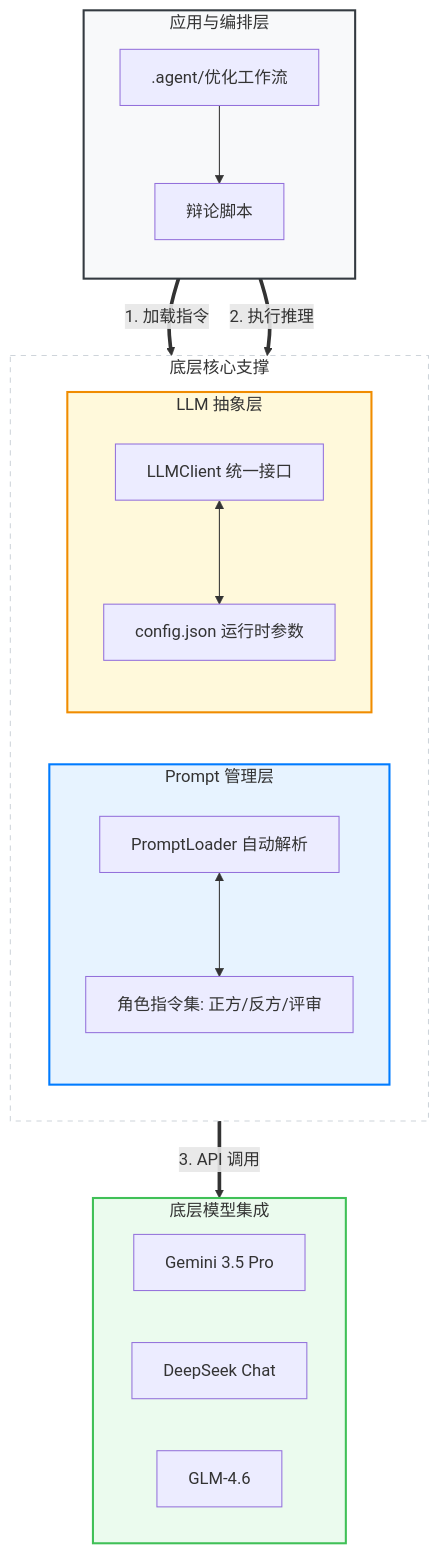
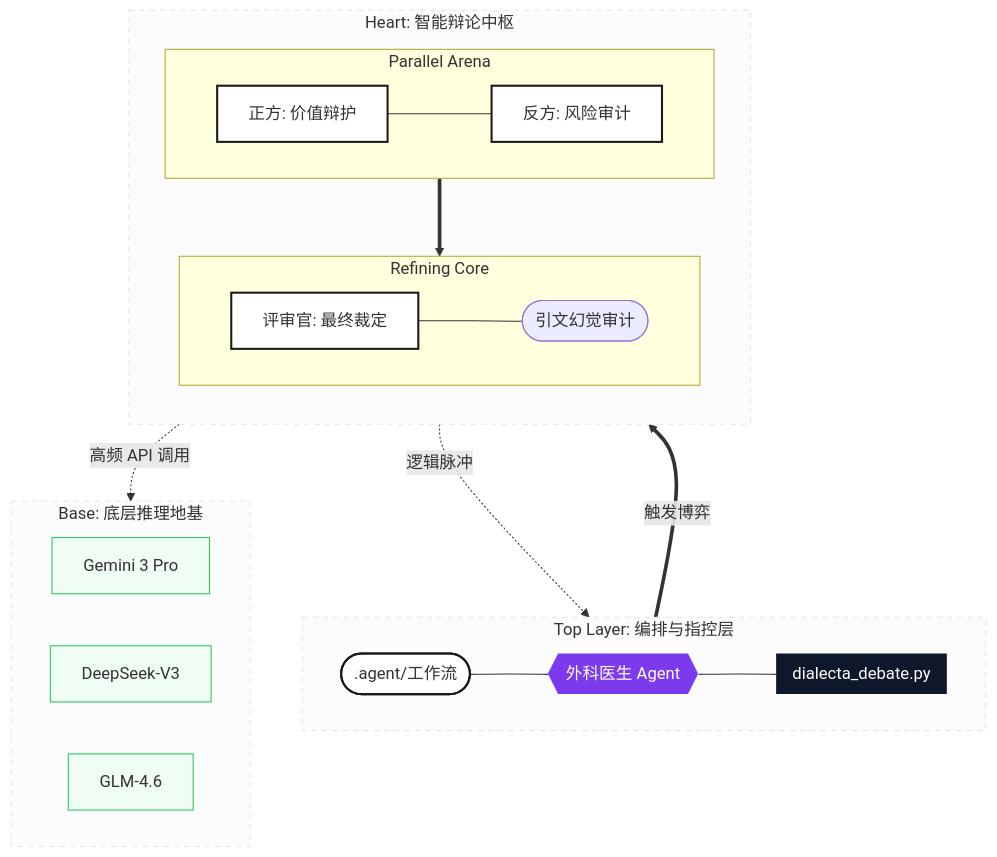
One commit to hrygo/SparkForge changed the first of 2 diagrams in README.md. Above: the diagram before and after it, drawn with Mermaid. The commit also changed other lines of this file and 15 other files, not shown here.

````diff
--- a/README.md
+++ b/README.md
@@ -44,46 +43,52 @@
 ```mermaid
-graph TD
-    %% 定义顶层应用
-    subgraph App_Layer [应用与编排层]
-        direction TB
-        Workflow[.agent/优化工作流] --> Script[辩论脚本]
+flowchart TB
+    %% Configuration & Global Styles
+    classDef layerBox fill:#fcfcfc,stroke:#e1e4e8,stroke-width:1px,stroke-dasharray: 5 5;
+    classDef coreNode fill:#ffffff,stroke:#1a1a1a,stroke-width:2px;
+    classDef agentNode fill:#7c3aed,color:#ffffff,stroke-width:0px;
+    classDef scriptNode fill:#0f172a,color:#ffffff,stroke-width:0px;
+    classDef modelNode fill:#f0fdf4,stroke:#22c55e,stroke-width:1px;
+
+    %% 1. Orchestration Layer
+    subgraph L1 [Top Layer: 编排与指控层]
+        direction LR
+        W([.agent/工作流]) --- S{{外科医生 Agent}}
+        S --- P[[dialecta_debate.py]]
     end
 
-    %% 中间支撑层并行排列
-    subgraph Infrastructure [底层核心支撑]
-        direction LR
-        subgraph Prompt_Layer [Prompt 管理层]
-            direction TB
-            Loader[PromptLoader 自动解析]
-            Roles[角色指令集: 正方/反方/评审]
-            Loader <--> Roles
+    %% 2. Intelligence Layer
+    subgraph L2 [Heart: 智能辩论中枢]
+        direction TB
+        subgraph DebateBlock [Parallel Arena]
+            direction LR
+            Aff[正方: 价值辩护] --- Neg[反方: 风险审计]
+        end
+        
+        subgraph VerdictBlock [Refining Core]
+            direction LR
+            Adj[评审官: 最终裁定] --- Audit([引文幻觉审计])
         end
 
-        subgraph LLM_Layer [LLM 抽象层]
-            direction TB
-            Client[LLMClient 统一接口]
-            Config[config.json 运行时参数]
-            Client <--> Config
-        end
+        DebateBlock ==> VerdictBlock
     end
 
-    %% 底层模型集成
-    subgraph Model_Base [底层模型集成]
+    %% 3. Foundation Layer
+    subgraph L3 [Base: 底层推理地基]
         direction LR
-        M1[Gemini 3.5 Pro]
-        M2[DeepSeek Chat]
+        M1[Gemini 3 Pro]
+        M2[DeepSeek-V3]
         M3[GLM-4.6]
     end
 
-    %% 核心交互链路
-    Script ==>|1. 加载指令| Prompt_Layer
-    Script ==>|2. 执行推理| LLM_Layer
-    LLM_Layer ==>|3. API 调用| Model_Base
+    %% Flows
+    P ==>|触发博弈| DebateBlock
+    VerdictBlock -.->|逻辑脉冲| P
+    L2 -.->|高频 API 调用| L3
 
-    %% 样式美化
-    style App_Layer fill:#f8f9fa,stroke:#343a40,stroke-width:2px
-    style Prompt_Layer fill:#e7f3ff,stroke:#007bff,stroke-width:2px
-    style LLM_Layer fill:#fff9db,stroke:#f08c00,stroke-width:2px
-    style Model_Base fill:#ebfbee,stroke:#40c057,stroke-width:2px
-    style Infrastructure fill:none,stroke:#ced4da,stroke-dasharray: 5 5
+    %% Styling Applications
+    class L1,L2,L3 layerBox;
+    class W,Aff,Neg,Adj coreNode;
+    class S agentNode;
+    class P scriptNode;
+    class M1,M2,M3 modelNode;
 ```
````
